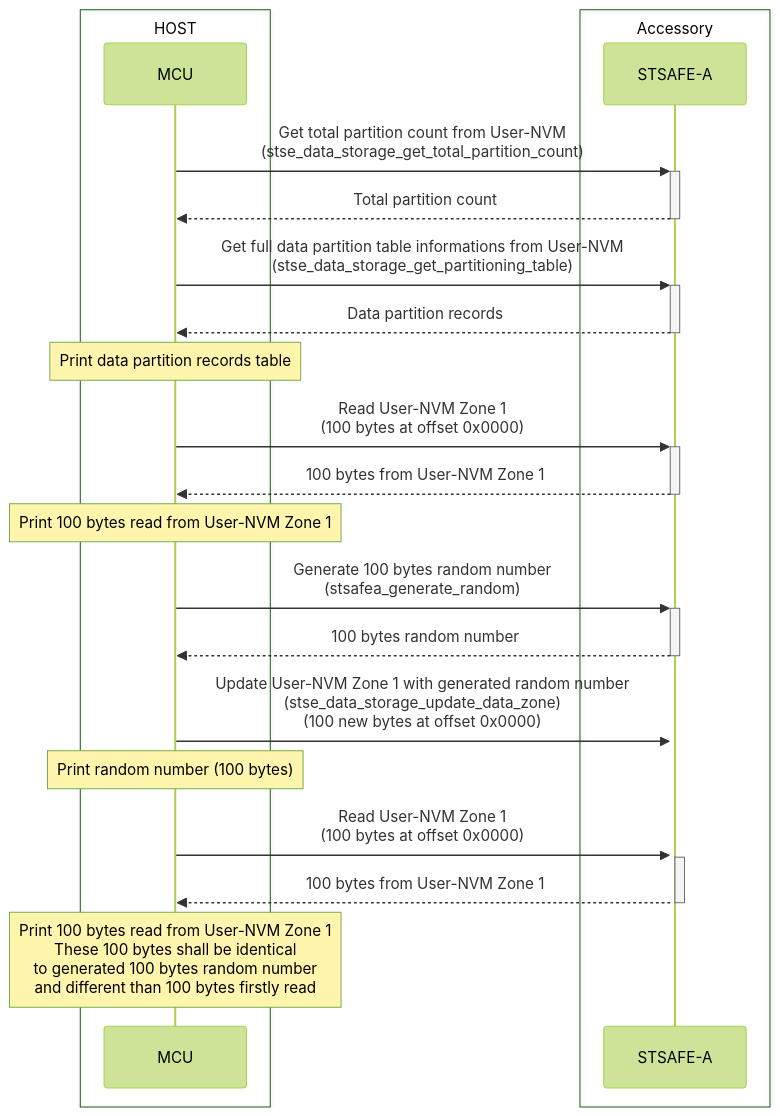
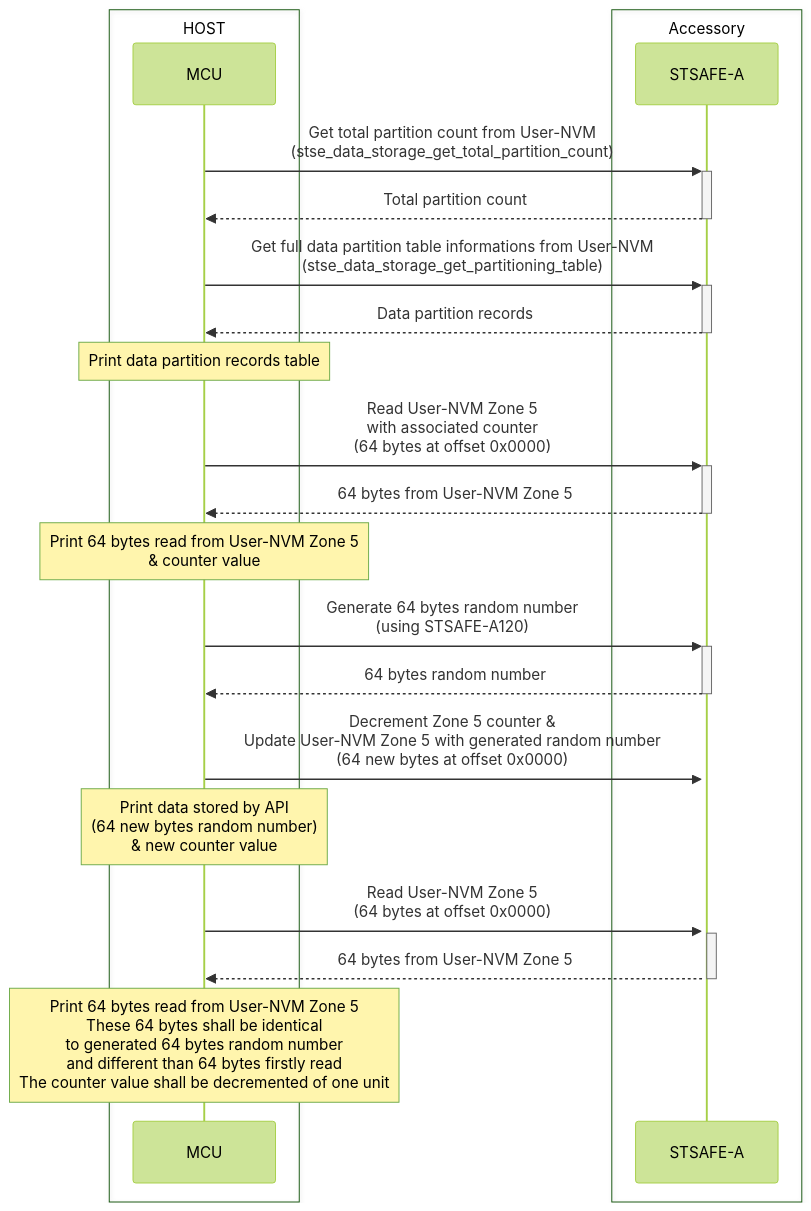
Before and after one commit to STMicroelectronics/STSAFE-A_secure_data_storage: the first of 2 diagrams in README.md, drawn with Mermaid (forest theme). The commit also changed other lines of this file and 12 other files, not shown here.

````diff
--- a/README.md
+++ b/README.md
@@ -6,27 +5,27 @@
 ```mermaid
 sequenceDiagram
     box HOST
     participant HOST as MCU
     end
     box Accessory
     participant STSE as STSAFE-A
     end
 
     HOST ->>+ STSE : Get total partition count from User-NVM <br> (stse_data_storage_get_total_partition_count)
     STSE -->>- HOST : Total partition count
     HOST ->>+ STSE : Get full data partition table informations from User-NVM <br> (stse_data_storage_get_partitioning_table)
     STSE -->>- HOST : Data partition records
     note over HOST : Print data partition records table
 
-    HOST ->>+ STSE : Read User-NVM Zone 1 <br> (100 bytes at offset 0x0000)
-    STSE -->>- HOST : 100 bytes from User-NVM Zone 1
-    note over HOST : Print 100 bytes read from User-NVM Zone 1
+    HOST ->>+ STSE : Read User-NVM Zone 5 <br> with associated counter <br> (64 bytes at offset 0x0000)
+    STSE -->>- HOST : 64 bytes from User-NVM Zone 5
+    note over HOST : Print 64 bytes read from User-NVM Zone 5 <br> & counter value
 
-    HOST ->>+ STSE : Generate 100 bytes random number <br> (stsafea_generate_random)
-    STSE -->>- HOST : 100 bytes random number
-    HOST ->>+ STSE : Update User-NVM Zone 1 with generated random number <br> (stse_data_storage_update_data_zone) <br> (100 new bytes at offset 0x0000)
-    note over HOST : Print random number (100 bytes)
-    HOST ->>+ STSE : Read User-NVM Zone 1 <br> (100 bytes at offset 0x0000)
-    STSE -->>- HOST : 100 bytes from User-NVM Zone 1
-    note over HOST : Print 100 bytes read from User-NVM Zone 1 <br> These 100 bytes shall be identical <br> to generated 100 bytes random number <br> and different than 100 bytes firstly read
+    HOST ->>+ STSE : Generate 64 bytes random number <br> (using STSAFE-A120)
+    STSE -->>- HOST : 64 bytes random number
+    HOST ->>+ STSE : Decrement Zone 5 counter & <br> Update User-NVM Zone 5 with generated random number <br> (64 new bytes at offset 0x0000)
+    note over HOST : Print data stored by API <br> (64 new bytes random number) <br> & new counter value
+    HOST ->>+ STSE : Read User-NVM Zone 5 <br> (64 bytes at offset 0x0000)
+    STSE -->>- HOST : 64 bytes from User-NVM Zone 5
+    note over HOST : Print 64 bytes read from User-NVM Zone 5 <br> These 64 bytes shall be identical <br> to generated 64 bytes random number <br> and different than 64 bytes firstly read <br> The counter value shall be decremented of one unit
 ```
````
